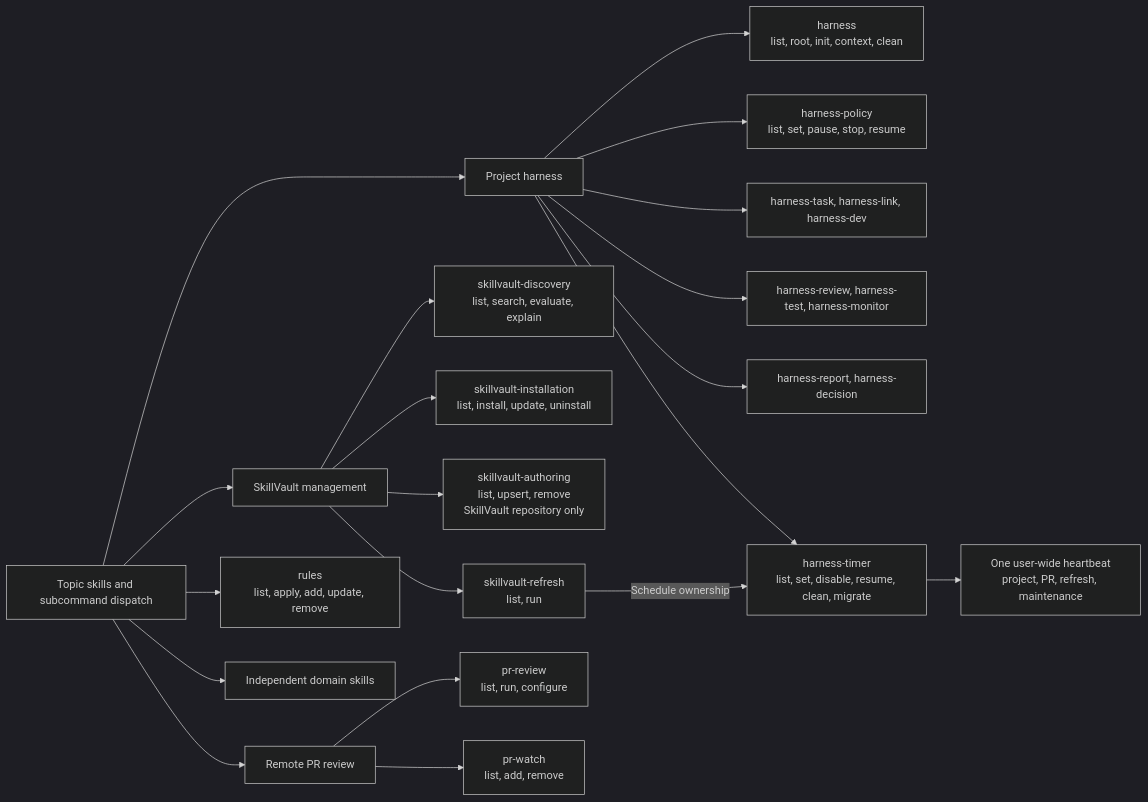
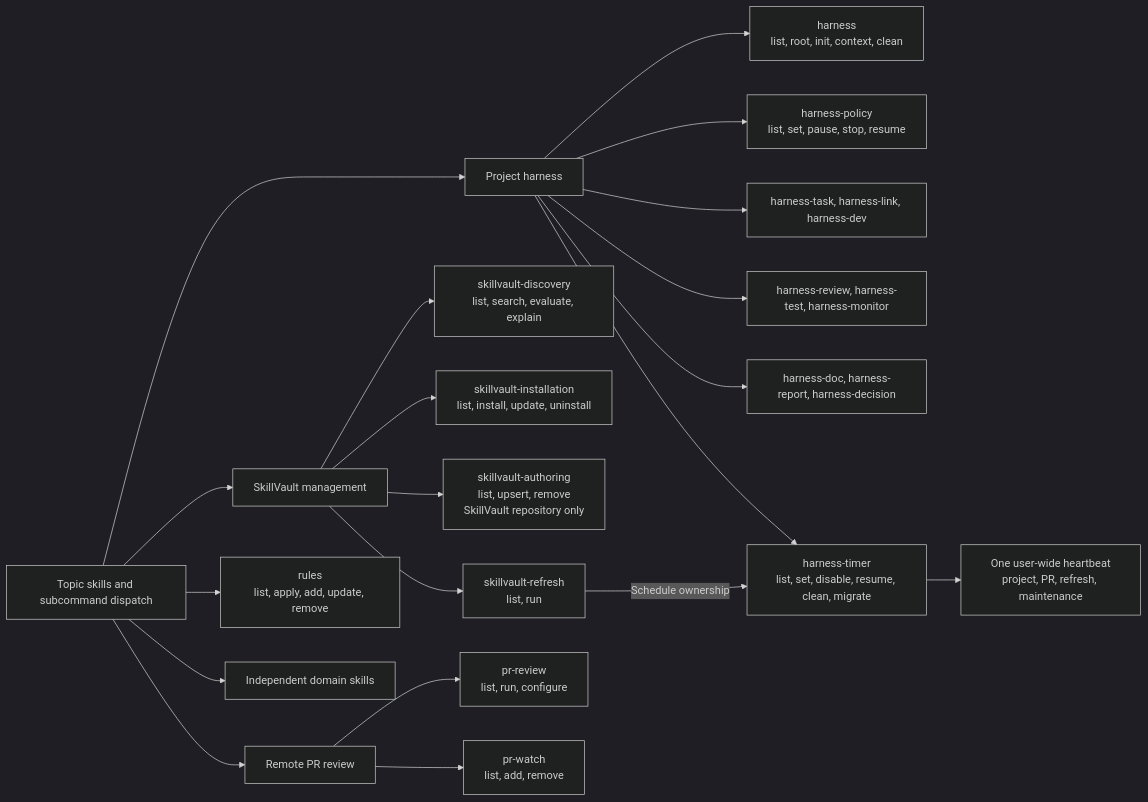
Before and after one commit to wzlwit/skillvault: the first of 2 diagrams in docs/plans/2026-09-16-topic-skill-refactor.md, drawn with Mermaid (dark theme). The commit also changed other lines of this file and 164 other files, not shown here.

````diff
--- a/docs/plans/2026-09-16-topic-skill-refactor.md
+++ b/docs/plans/2026-09-16-topic-skill-refactor.md
@@ -42,23 +42,23 @@
 ```mermaid
 flowchart LR
     ENTRY["Topic skills and subcommand dispatch"]
     ENTRY --> SV["SkillVault management"]
     ENTRY --> HN["Project harness"]
     ENTRY --> PR["Remote PR review"]
     ENTRY --> RULES["rules<br/>list, apply, add, update, remove"]
     ENTRY --> DOMAIN["Independent domain skills"]
     SV --> DISCOVER["skillvault-discovery<br/>list, search, evaluate, explain"]
     SV --> INSTALL["skillvault-installation<br/>list, install, update, uninstall"]
     SV --> AUTHORING["skillvault-authoring<br/>list, upsert, remove<br/>SkillVault repository only"]
     SV --> REFRESH["skillvault-refresh<br/>list, run"]
     HN --> PROJECT["harness<br/>list, root, init, context, clean"]
     HN --> POLICY["harness-policy<br/>list, set, pause, stop, resume"]
     HN --> WORK["harness-task, harness-link, harness-dev"]
     HN --> CHECK["harness-review, harness-test, harness-monitor"]
-    HN --> OUTPUT["harness-report, harness-decision"]
+    HN --> OUTPUT["harness-doc, harness-report, harness-decision"]
     HN --> TIMER["harness-timer<br/>list, set, disable, resume, clean, migrate"]
     PR --> REVIEW["pr-review<br/>list, run, configure"]
     PR --> WATCH["pr-watch<br/>list, add, remove"]
     TIMER --> HEARTBEAT["One user-wide heartbeat<br/>project, PR, refresh, maintenance"]
     REFRESH -->|Schedule ownership| TIMER
 ```
````
